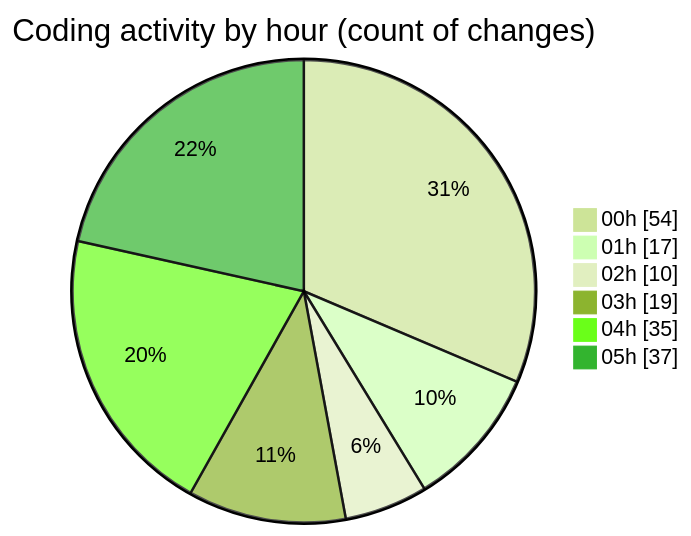
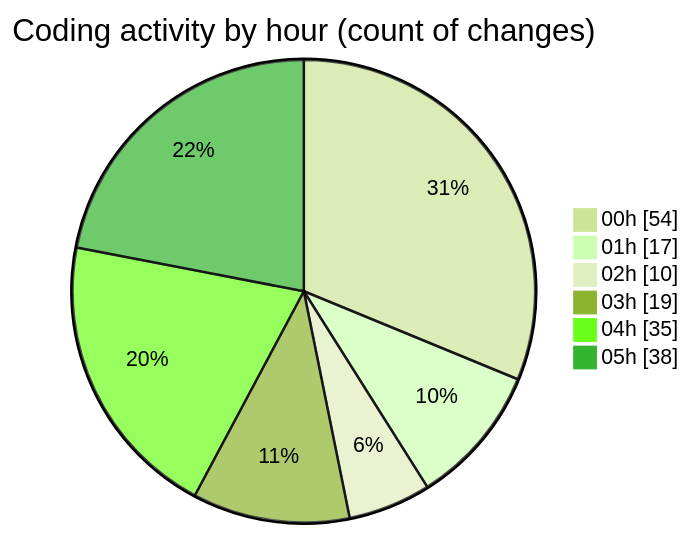
The second of 2 diagrams in 2025-07-26/quanlyrapchieuphim-1/README.md (lephambinh05/code-tracking), drawn with Mermaid (forest theme) before and after one commit. The commit also changed other lines of this file and 1 other file, not shown here.

````diff
--- a/2025-07-26/quanlyrapchieuphim-1/README.md
+++ b/2025-07-26/quanlyrapchieuphim-1/README.md
@@ -53,10 +53,10 @@
 ```mermaid
 pie showData
 title Coding activity by hour (count of changes)
 "00h" : 54
 "01h" : 17
 "02h" : 10
 "03h" : 19
 "04h" : 35
-"05h" : 37
+"05h" : 38
 ```
````
